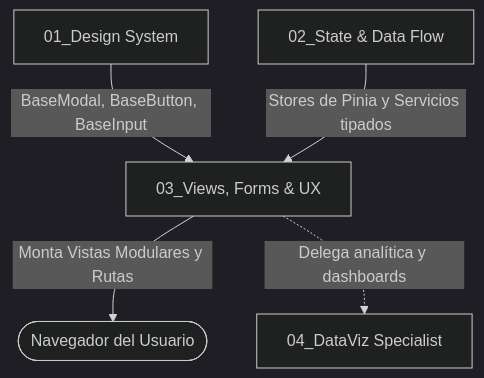
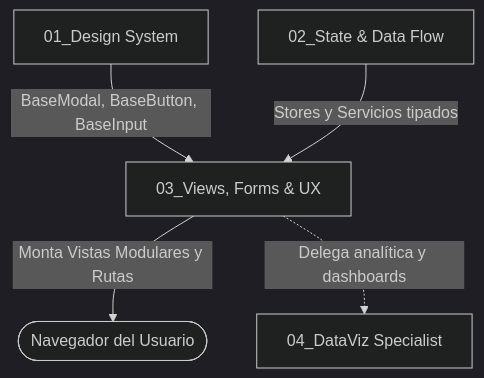
One commit to DanExl24/multiagent-sdlc-starter changed the diagram in multiAgents/04_frontend_engineer/subroles/03_views_forms_ux.md. Above: the diagram before and after it, drawn with Mermaid (dark theme). The commit also changed other lines of this file and 35 other files, not shown here.

````diff
--- a/multiAgents/04_frontend_engineer/subroles/03_views_forms_ux.md
+++ b/multiAgents/04_frontend_engineer/subroles/03_views_forms_ux.md
@@ -30,7 +30,7 @@
 ```mermaid
 graph TD
     DS[01_Design System] -->|BaseModal, BaseButton, BaseInput| UX[03_Views, Forms & UX]
-    SF[02_State & Data Flow] -->|Stores de Pinia y Servicios tipados| UX
+    SF[02_State & Data Flow] -->|Stores y Servicios tipados| UX
     UX -->|Monta Vistas Modulares y Rutas| Client([Navegador del Usuario])
     UX -.->|Delega analítica y dashboards| DV[04_DataViz Specialist]
 ```
````
